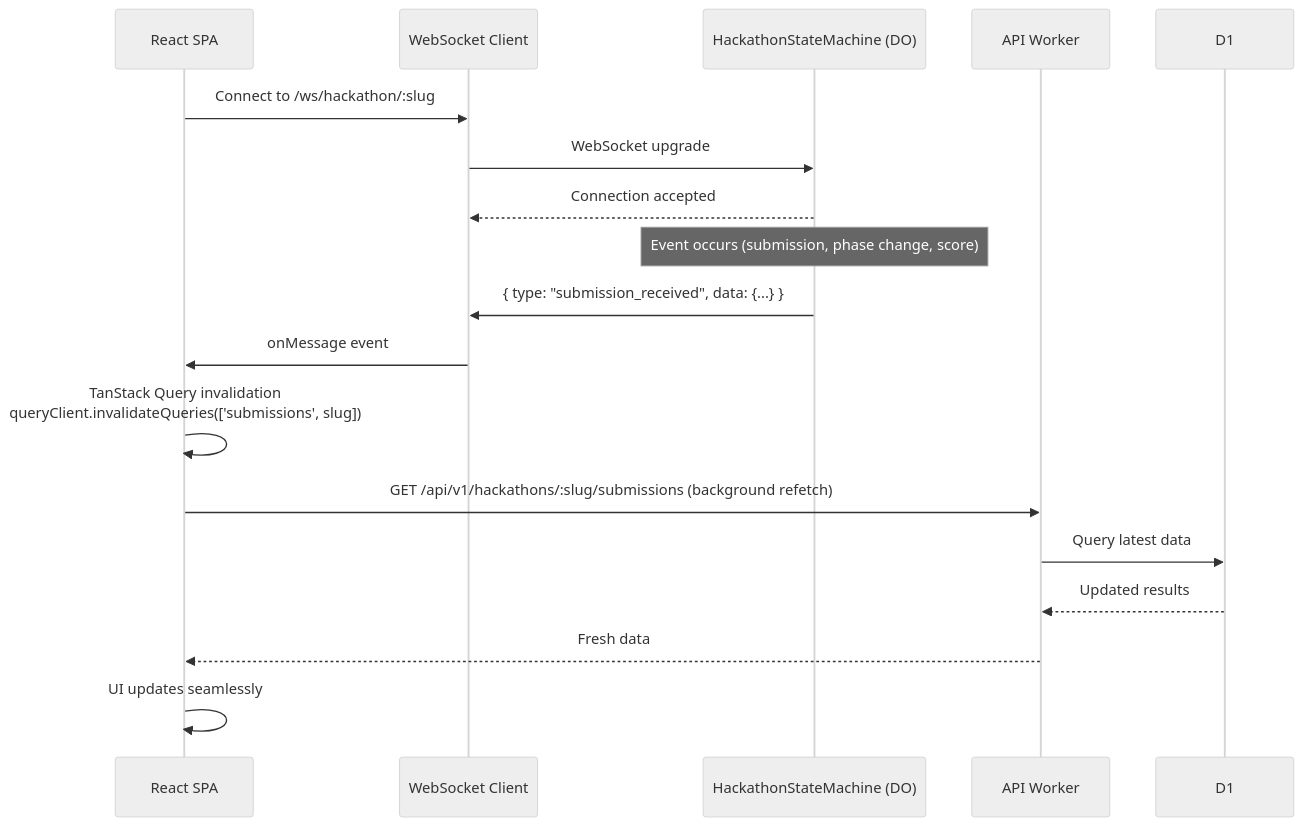
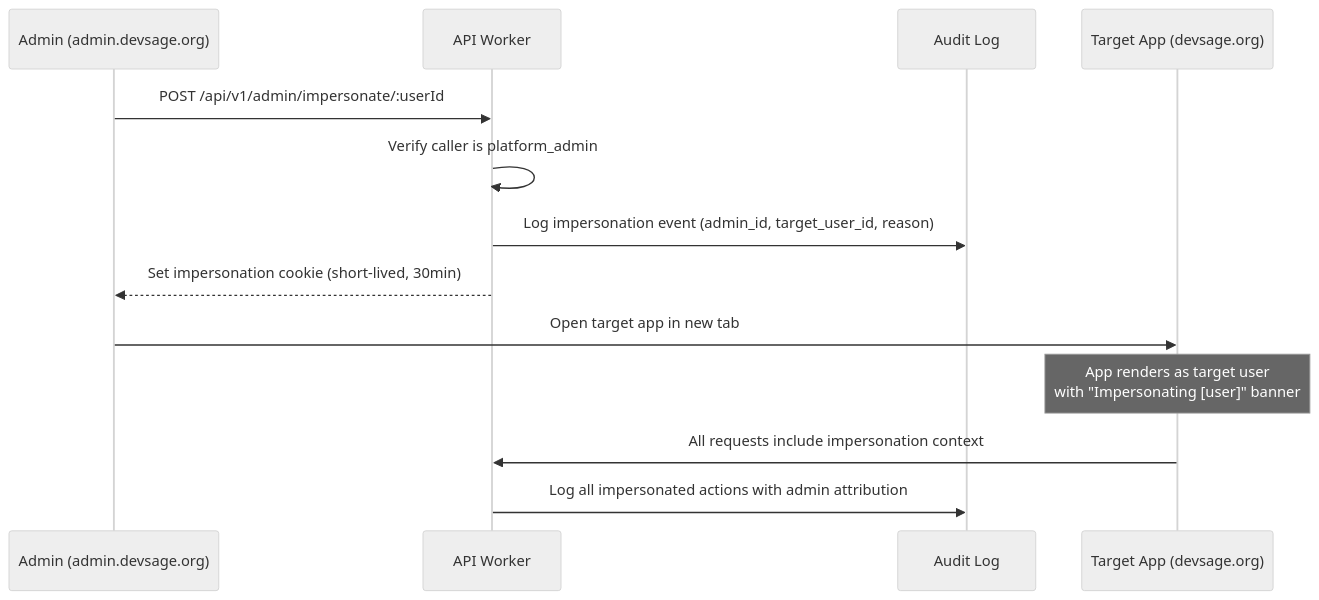
The eighth of 11 diagrams in docs/v3/architecture/13-frontend.md (devangshupandey2025-stack/DevSage), drawn with Mermaid (neutral theme) before and after one commit. The commit also changed other lines of this file and 2 other files, not shown here.

Commit message:
chore: update api client and architecture docs

````diff
--- a/docs/v3/architecture/13-frontend.md
+++ b/docs/v3/architecture/13-frontend.md
@@ -409,23 +684,16 @@
 ```mermaid
 sequenceDiagram
-    participant SPA as React SPA
-    participant WS as WebSocket Client
-    participant DO as HackathonStateMachine (DO)
+    participant A as Admin (admin.devsage.org)
     participant API as API Worker
-    participant DB as D1
+    participant AL as Audit Log
+    participant T as Target App (devsage.org)
 
-    SPA->>WS: Connect to /ws/hackathon/:slug
-    WS->>DO: WebSocket upgrade
-    DO-->>WS: Connection accepted
-
-    Note over DO: Event occurs (submission, phase change, score)
-    DO->>WS: { type: "submission_received", data: {...} }
-    WS->>SPA: onMessage event
-
-    SPA->>SPA: TanStack Query invalidation<br/>queryClient.invalidateQueries(['submissions', slug])
-    SPA->>API: GET /api/v1/hackathons/:slug/submissions (background refetch)
-    API->>DB: Query latest data
-    DB-->>API: Updated results
-    API-->>SPA: Fresh data
-    SPA->>SPA: UI updates seamlessly
+    A->>API: POST /api/v1/admin/impersonate/:userId
+    API->>API: Verify caller is platform_admin
+    API->>AL: Log impersonation event (admin_id, target_user_id, reason)
+    API-->>A: Set impersonation cookie (short-lived, 30min)
+    A->>T: Open target app in new tab
+    Note over T: App renders as target user<br/>with "Impersonating [user]" banner
+    T->>API: All requests include impersonation context
+    API->>AL: Log all impersonated actions with admin attribution
 ```
````
